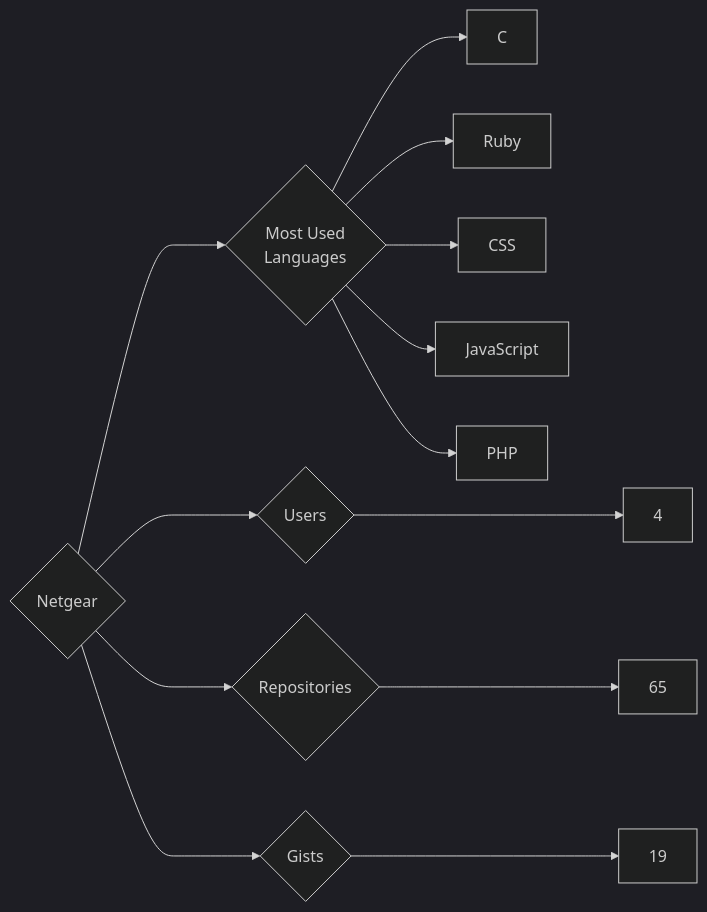
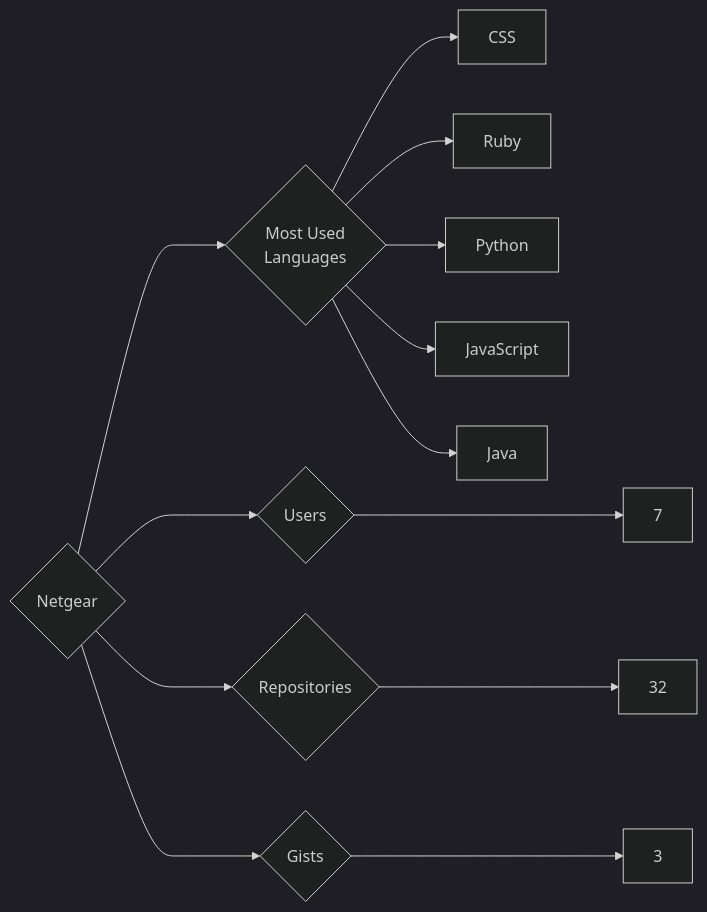
Before and after one commit to trickest/insiders: the diagram in targets/Netgear/README.md, drawn with Mermaid (dark theme). The commit also changed 1496 other files, not shown here.

````diff
--- a/targets/Netgear/README.md
+++ b/targets/Netgear/README.md
@@ -3,13 +3,13 @@
 ```mermaid
 graph LR
 COMPANY_NAME{Netgear}
-COMPANY_NAME ---> U{Users} ---> UN[4]
-COMPANY_NAME ---> R{Repositories} ---> RN[65]
-COMPANY_NAME ---> G{Gists} ---> GN[19]
+COMPANY_NAME ---> U{Users} ---> UN[7]
+COMPANY_NAME ---> R{Repositories} ---> RN[32]
+COMPANY_NAME ---> G{Gists} ---> GN[3]
 COMPANY_NAME ---> ML{Most Used<br>Languages}
-ML --> C[C]
+ML --> CSS[CSS]
 ML --> Ruby[Ruby]
-ML --> CSS[CSS]
+ML --> Python[Python]
 ML --> JavaScript[JavaScript]
-ML --> PHP[PHP]
+ML --> Java[Java]
 ```
````
